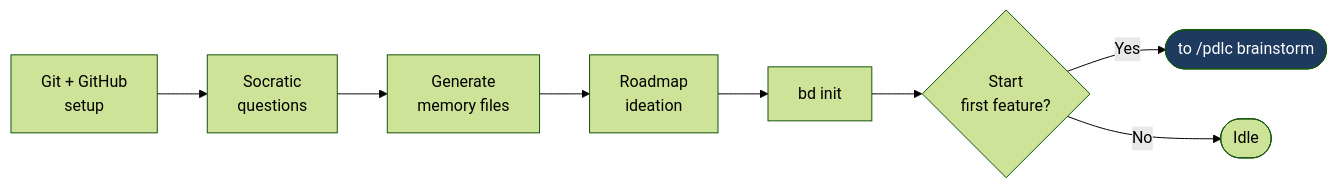
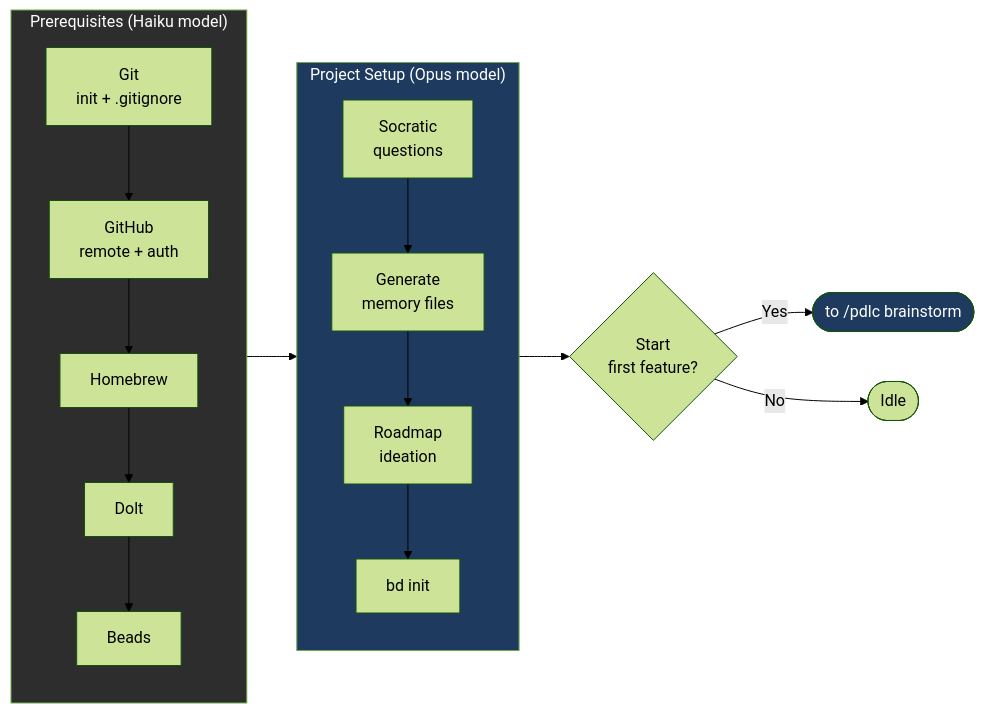
One commit to pdlc-os/pdlc changed the first of 4 diagrams in docs/wiki/03-phases-in-detail.md. Above: the diagram before and after it, drawn with Mermaid (forest theme). The commit also changed other lines of this file and 1 other file, not shown here.

First line of the commit message:
docs: update wiki phases and flow diagrams with Homebrew + Haiku model

````diff
--- a/docs/wiki/03-phases-in-detail.md
+++ b/docs/wiki/03-phases-in-detail.md
@@ -5,7 +5,15 @@
 ```mermaid
 flowchart LR
-    GIT[Git + GitHub\nsetup] --> QUESTIONS[Socratic\nquestions] --> MEMORY[Generate\nmemory files] --> ROADMAP[Roadmap\nideation] --> BEADS[bd init] --> START{Start\nfirst feature?}
+    subgraph SETUP["Prerequisites (Haiku model)"]
+        GIT[Git\ninit + .gitignore] --> GH[GitHub\nremote + auth] --> BREW[Homebrew] --> DOLT[Dolt] --> BEADS[Beads]
+    end
+    subgraph CORE["Project Setup (Opus model)"]
+        QUESTIONS[Socratic\nquestions] --> MEMORY[Generate\nmemory files] --> ROADMAP[Roadmap\nideation] --> BDINIT[bd init]
+    end
+    SETUP --> CORE --> START{Start\nfirst feature?}
     START -->|Yes| BRAINSTORM([to /pdlc brainstorm])
     START -->|No| IDLE([Idle])
+    style SETUP fill:#2d2d2d,color:#fff
+    style CORE fill:#1e3a5f,color:#fff
     style BRAINSTORM fill:#1e3a5f,color:#fff
 ```
````
